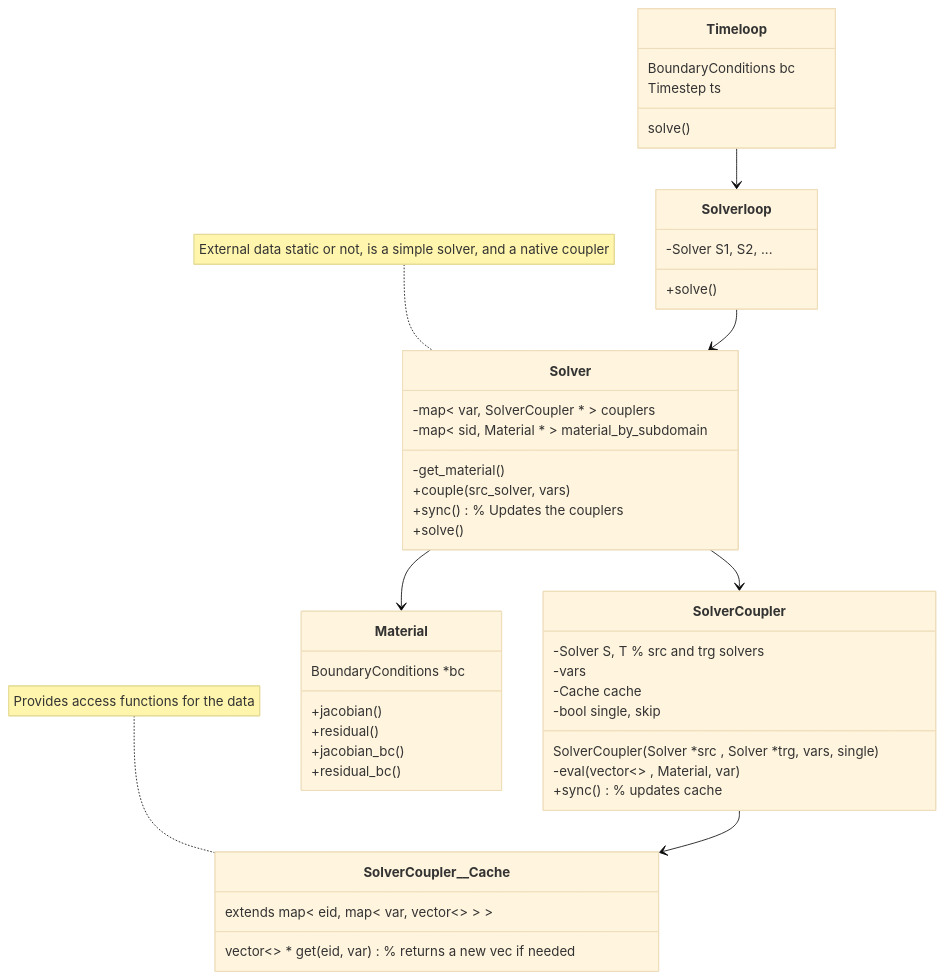
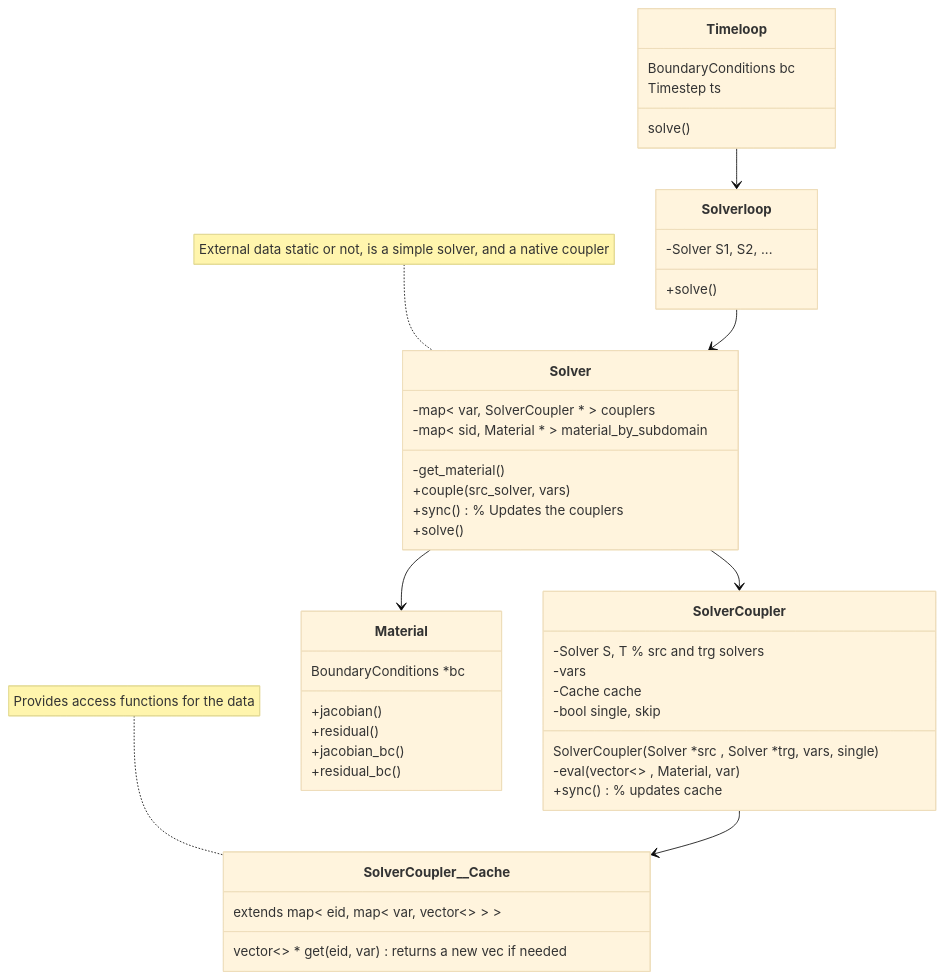
One commit to rebpoli/harpy changed the first of 2 diagrams in doc/Description.md. Above: the diagram before and after it, drawn with Mermaid (base theme).

````diff
--- a/doc/Description.md
+++ b/doc/Description.md
@@ -20,59 +20,59 @@
 ```mermaid
 %% Interfaces, abstract classes
 classDiagram
     class Timeloop { 
         BoundaryConditions bc
         Timestep ts
         solve()
     }
 
     %% The solver loop couples the solvers
     class Solverloop {
         -Solver S1, S2, ...
         +solve()
     }
 
     %% Does the calculations and hold the cached data needed to couple SRC->TRG
     %% Can be specialized for more complex data types (e.g. stress or velocities)
     class SolverCoupler__Cache {
         extends map< eid, map< var, vector<> > >
-        vector<> * get( eid, var ) % returns a new vec if needed
+        vector<> * get( eid, var ) returns a new vec if needed
     }
     note for SolverCoupler__Cache "Provides access functions for the data"
     class SolverCoupler {
         SolverCoupler( Solver *src , Solver *trg, vars, single )
         -Solver S, T % src and trg solvers
         -vars
         -Cache cache
         -bool single, skip
         -eval( vector<> , Material, var )
         +sync() % updates cache
     }
     SolverCoupler --> SolverCoupler__Cache
 
     %% The solver keeps its own couplers
     class Solver {
         -map< var, SolverCoupler * > couplers
         -map< sid, Material * > material_by_subdomain
         -get_material()
         +couple(src_solver, vars)
         +sync()  % Updates the couplers
         +solve()
     }
     Solver--> SolverCoupler
     note for Solver "External data static or not, is a simple solver, and a native coupler"
 
 
     class Material {
         BoundaryConditions *bc
         +jacobian()
         +residual()
         +jacobian_bc()
         +residual_bc()
     }
 
     Timeloop --> Solverloop
     Solverloop --> Solver
     Solver --> Material
 
 ```
````
